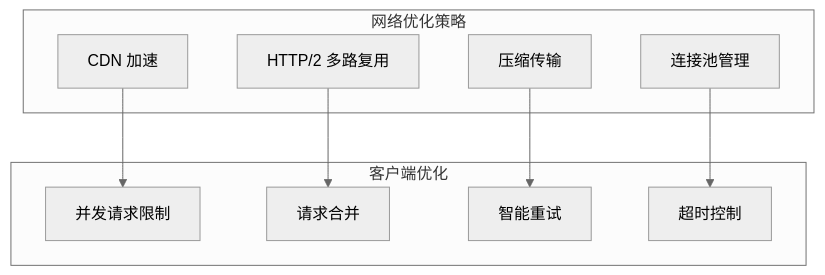
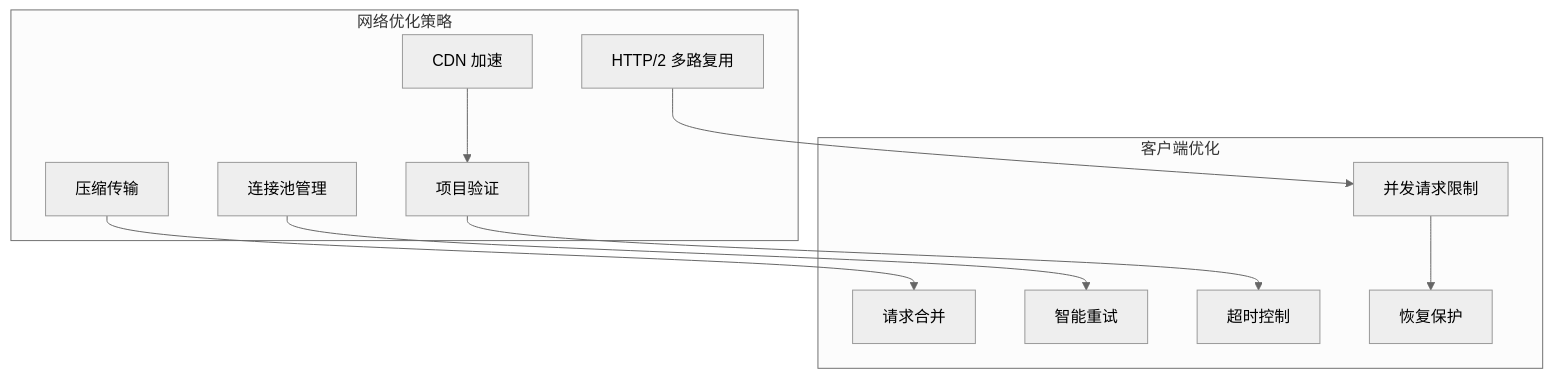
Before and after one commit to billye220670/BananaFlow2: diagram 12 of 15 in .qoder/repowiki/zh/content/核心功能模块/画布图像加载机制.md, drawn with Mermaid (neutral theme). The commit also changed other lines of this file and 17 other files, not shown here.

First line of the commit message:
refactor: shimmer单元素架构重构，统一图片URL为Supabase单一来源

````diff
--- a/.qoder/repowiki/zh/content/核心功能模块/画布图像加载机制.md
+++ b/.qoder/repowiki/zh/content/核心功能模块/画布图像加载机制.md
@@ -395,19 +422,23 @@
 ```mermaid
 graph TB
 subgraph "网络优化策略"
 A[CDN 加速]
 B[HTTP/2 多路复用]
 C[压缩传输]
 D[连接池管理]
+E[项目验证]
 end
 subgraph "客户端优化"
-E[并发请求限制]
-F[请求合并]
-G[智能重试]
-H[超时控制]
+F[并发请求限制]
+G[请求合并]
+H[智能重试]
+I[超时控制]
+J[恢复保护]
 end
 A --> E
 B --> F
 C --> G
 D --> H
+E --> I
+F --> J
 ```
````
